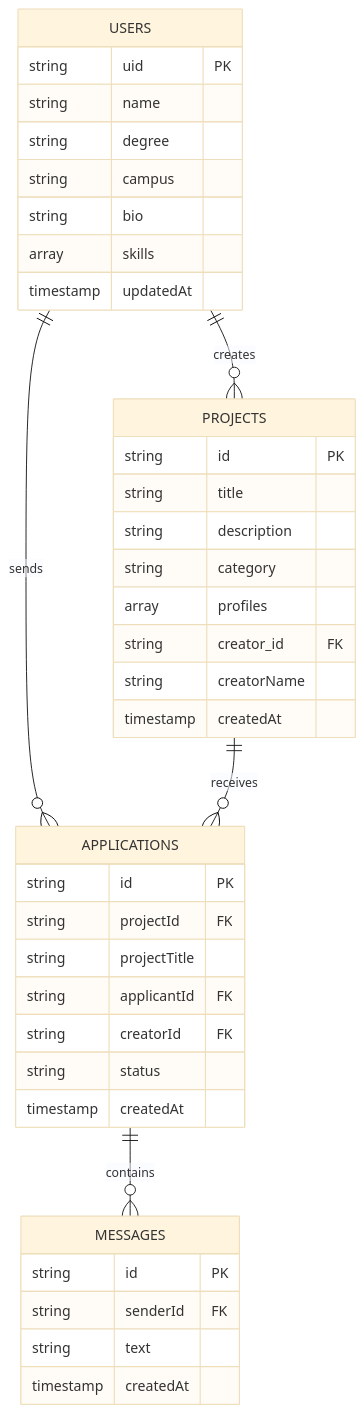
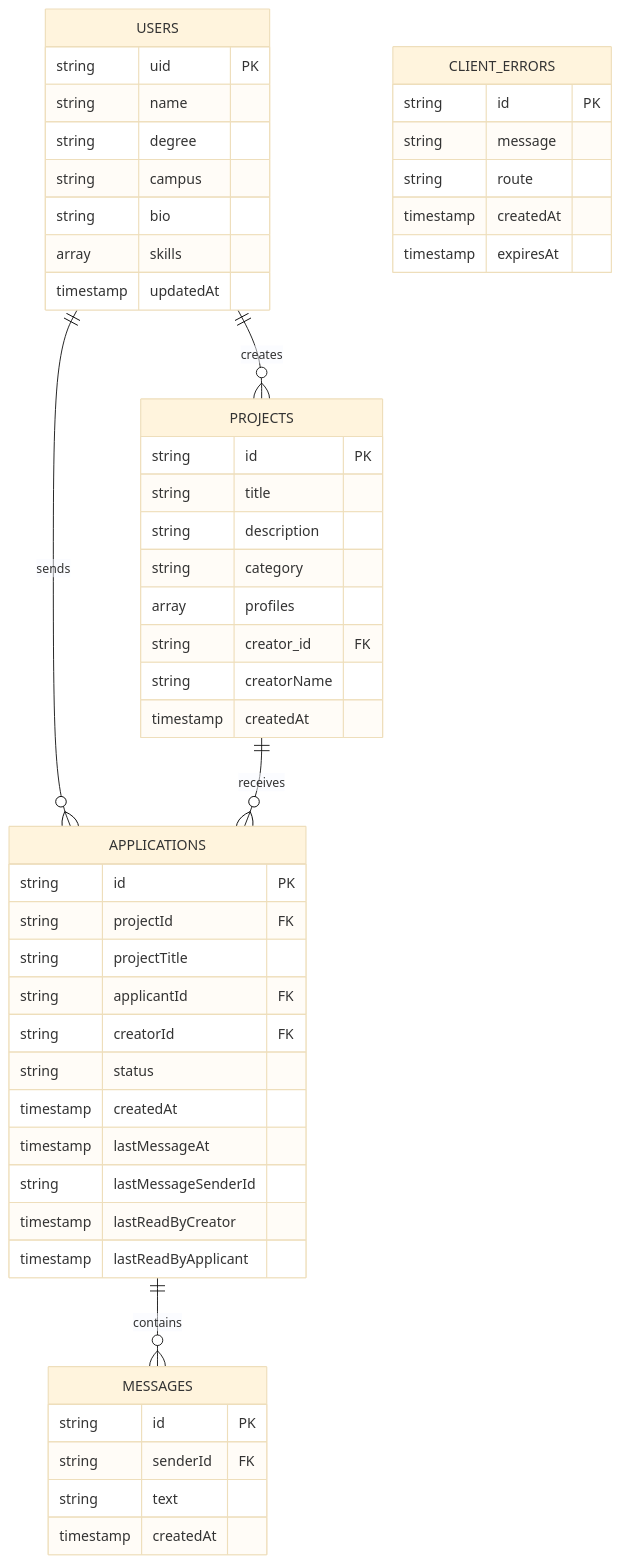
Before and after one commit to markusx5622/CoFound-UE: the second of 2 diagrams in README.en.md, drawn with Mermaid (base theme). The commit also changed other lines of this file and 1 other file, not shown here.

````diff
--- a/README.en.md
+++ b/README.en.md
@@ -340,45 +348,57 @@
 ```mermaid
 erDiagram
     USERS ||--o{ PROJECTS : "creates"
     USERS ||--o{ APPLICATIONS : "sends"
     PROJECTS ||--o{ APPLICATIONS : "receives"
     APPLICATIONS ||--o{ MESSAGES : "contains"
 
     USERS {
         string uid PK
         string name
         string degree
         string campus
         string bio
         array skills
         timestamp updatedAt
     }
 
     PROJECTS {
         string id PK
         string title
         string description
         string category
         array profiles
         string creator_id FK
         string creatorName
         timestamp createdAt
     }
 
     APPLICATIONS {
         string id PK
         string projectId FK
         string projectTitle
         string applicantId FK
         string creatorId FK
         string status
         timestamp createdAt
+        timestamp lastMessageAt
+        string lastMessageSenderId
+        timestamp lastReadByCreator
+        timestamp lastReadByApplicant
     }
 
     MESSAGES {
         string id PK
         string senderId FK
         string text
         timestamp createdAt
     }
+
+    CLIENT_ERRORS {
+        string id PK
+        string message
+        string route
+        timestamp createdAt
+        timestamp expiresAt
+    }
 ```
````
